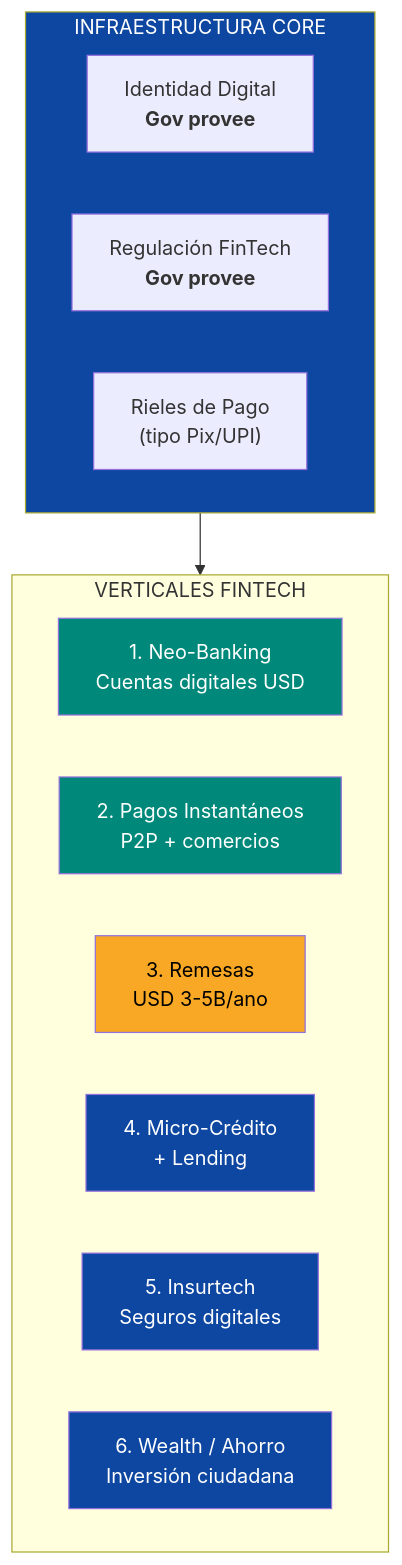
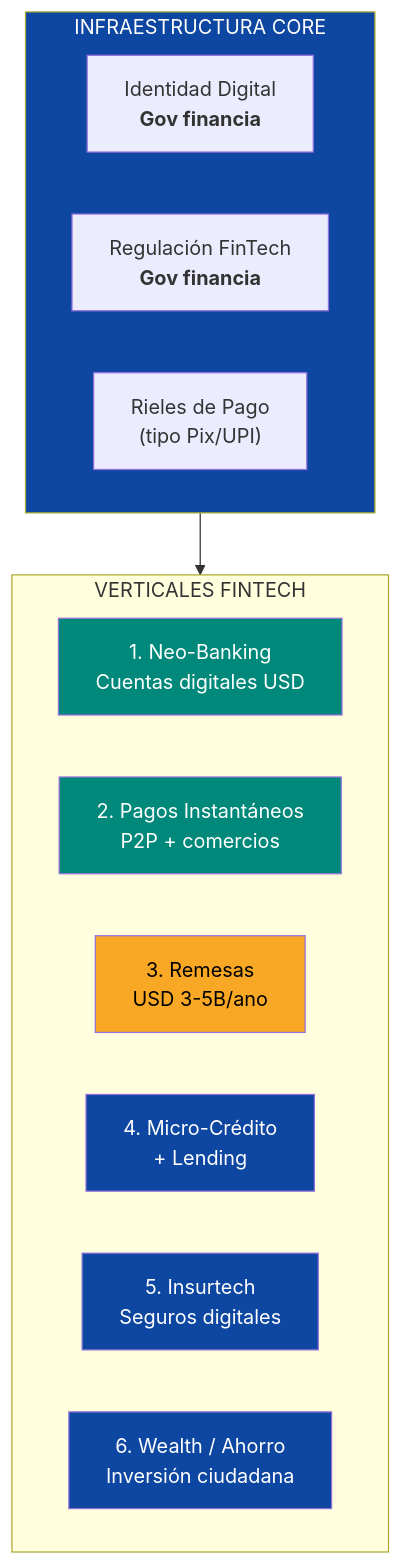
Before and after one commit to Venezuela-S-A/venezuela-sa: the first of 4 diagrams in docs/10-oportunidades/fintech-banca-digital.md, drawn with Mermaid. The commit also changed other lines of this file and 4 other files, not shown here.

First line of the commit message:
fix: Estado financia y supervisa — never 'provee'. Corrected across 7 files

````diff
--- a/docs/10-oportunidades/fintech-banca-digital.md
+++ b/docs/10-oportunidades/fintech-banca-digital.md
@@ -47,27 +47,27 @@
 ```mermaid
 flowchart TB
     subgraph CORE["INFRAESTRUCTURA CORE"]
-        ID["Identidad Digital<br/><b>Gov provee</b>"]
-        REG["Regulación FinTech<br/><b>Gov provee</b>"]
+        ID["Identidad Digital<br/><b>Gov financia</b>"]
+        REG["Regulación FinTech<br/><b>Gov financia</b>"]
         RAIL["Rieles de Pago<br/>(tipo Pix/UPI)"]
     end
 
     subgraph FIN["VERTICALES FINTECH"]
         NEO["1. Neo-Banking<br/>Cuentas digitales USD"]
         PAG["2. Pagos Instantáneos<br/>P2P + comercios"]
         REM["3. Remesas<br/>USD 3-5B/ano"]
         CRED["4. Micro-Crédito<br/>+ Lending"]
         SEG["5. Insurtech<br/>Seguros digitales"]
         INV["6. Wealth / Ahorro<br/>Inversión ciudadana"]
     end
 
     CORE --> FIN
 
     style CORE fill:#0D47A1,color:#fff
     style NEO fill:#00897B,color:#fff
     style PAG fill:#00897B,color:#fff
     style REM fill:#F9A825,color:#000
     style CRED fill:#0D47A1,color:#fff
     style SEG fill:#0D47A1,color:#fff
     style INV fill:#0D47A1,color:#fff
 ```
````
